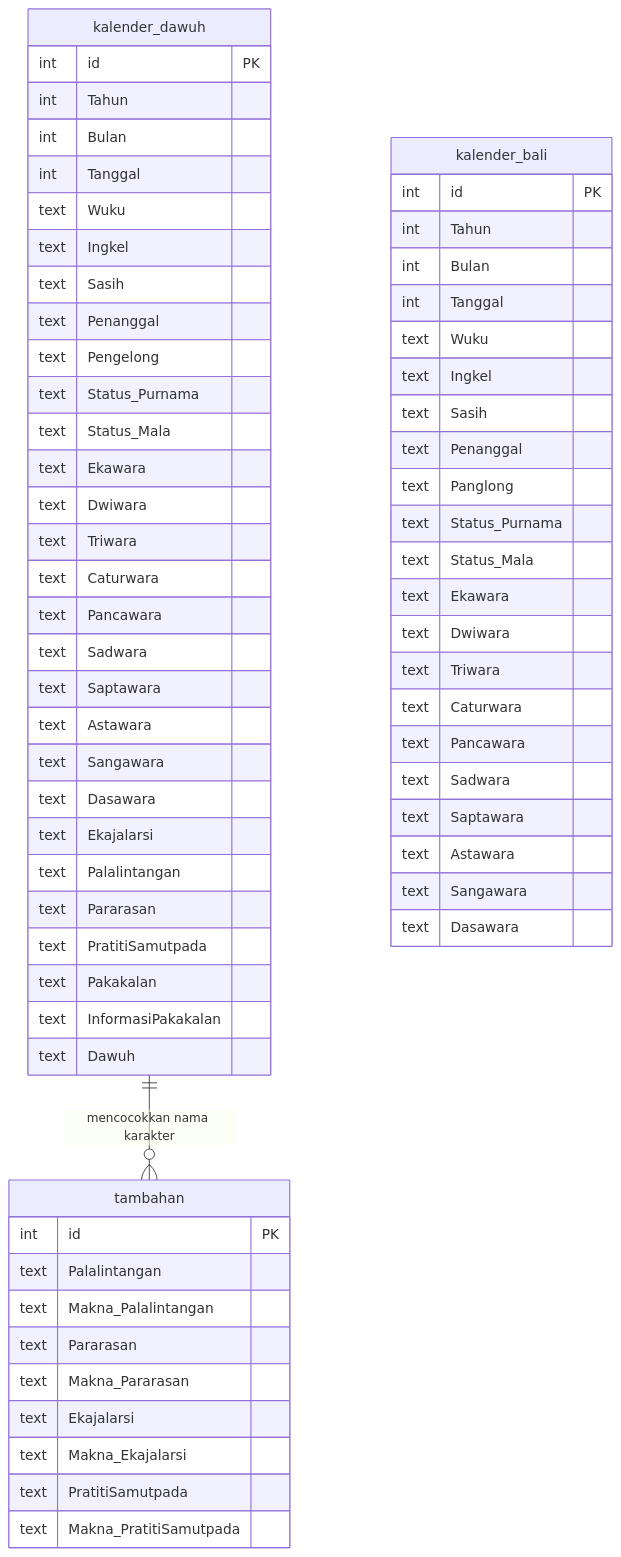
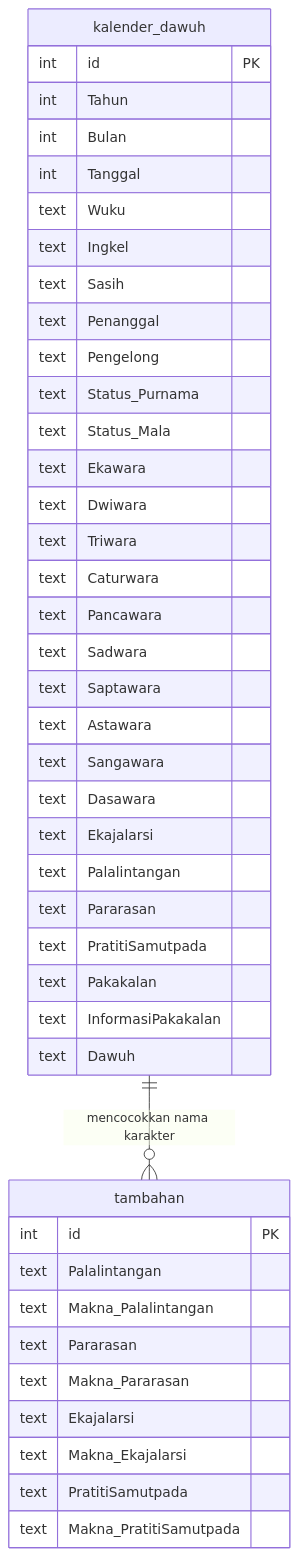
One commit to Adittt11/kalender_wariga changed the diagram in docs/ARSITEKTUR_DATABASE.md. Above: the diagram before and after it, drawn with Mermaid. The commit also changed other lines of this file and 1 other file, not shown here.

Commit message:
refactor: read bali calendar from dawuh table

````diff
--- a/docs/ARSITEKTUR_DATABASE.md
+++ b/docs/ARSITEKTUR_DATABASE.md
@@ -38,71 +37,47 @@
 ```mermaid
 erDiagram
     kalender_dawuh {
         int id PK
         int Tahun
         int Bulan
         int Tanggal
         text Wuku
         text Ingkel
         text Sasih
         text Penanggal
         text Pengelong
         text Status_Purnama
         text Status_Mala
         text Ekawara
         text Dwiwara
         text Triwara
         text Caturwara
         text Pancawara
         text Sadwara
         text Saptawara
         text Astawara
         text Sangawara
         text Dasawara
         text Ekajalarsi
         text Palalintangan
         text Pararasan
         text PratitiSamutpada
         text Pakakalan
         text InformasiPakakalan
         text Dawuh
     }
 
-    kalender_bali {
-        int id PK
-        int Tahun
-        int Bulan
-        int Tanggal
-        text Wuku
-        text Ingkel
-        text Sasih
-        text Penanggal
-        text Panglong
-        text Status_Purnama
-        text Status_Mala
-        text Ekawara
-        text Dwiwara
-        text Triwara
-        text Caturwara
-        text Pancawara
-        text Sadwara
-        text Saptawara
-        text Astawara
-        text Sangawara
-        text Dasawara
-    }
-
     tambahan {
         int id PK
         text Palalintangan
         text Makna_Palalintangan
         text Pararasan
         text Makna_Pararasan
         text Ekajalarsi
         text Makna_Ekajalarsi
         text PratitiSamutpada
         text Makna_PratitiSamutpada
     }
 
     kalender_dawuh ||--o{ tambahan : "mencocokkan nama karakter"
 ```
````
